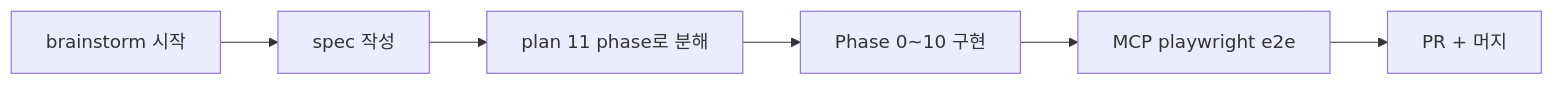
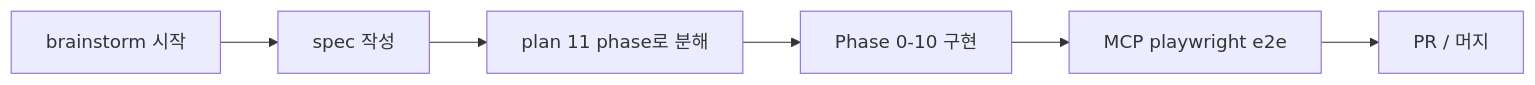
Before and after one commit to kenshin579/blog-v2.advenoh.pe.kr: the second of 3 diagrams in docs/start/claude-code-superpowers-완벽-가이드/index.md, drawn with Mermaid. The commit also changed other lines of this file, not shown here.

Commit message:
[feat/superpowers-blog] fix: 5장 mermaid 노드 라벨을 quote로 감싸 syntax 안전 처리
* 노드 라벨에 double quote 추가 (mermaid.js 권장 방식, 특수문자 안전)
* 'Phase 0~10' → 'Phase 0-10' (~ 가 일부 파서에서 syntax error 유발)
* 'PR + 머지' → 'PR / 머지' (+ 가 link length 문법으로 오인 가능)
* 5.3절 subagent 사이클 다이어그램도 동일 quote 처리

````diff
--- a/docs/start/claude-code-superpowers-완벽-가이드/index.md
+++ b/docs/start/claude-code-superpowers-완벽-가이드/index.md
@@ -170,8 +170,8 @@
 ```mermaid
 flowchart LR
-    S0[brainstorm 시작] --> S1[spec 작성]
-    S1 --> S2[plan 11 phase로 분해]
-    S2 --> S3[Phase 0~10 구현]
-    S3 --> S4[MCP playwright e2e]
-    S4 --> S5[PR + 머지]
+    S0["brainstorm 시작"] --> S1["spec 작성"]
+    S1 --> S2["plan 11 phase로 분해"]
+    S2 --> S3["Phase 0-10 구현"]
+    S3 --> S4["MCP playwright e2e"]
+    S4 --> S5["PR / 머지"]
 ```
````
